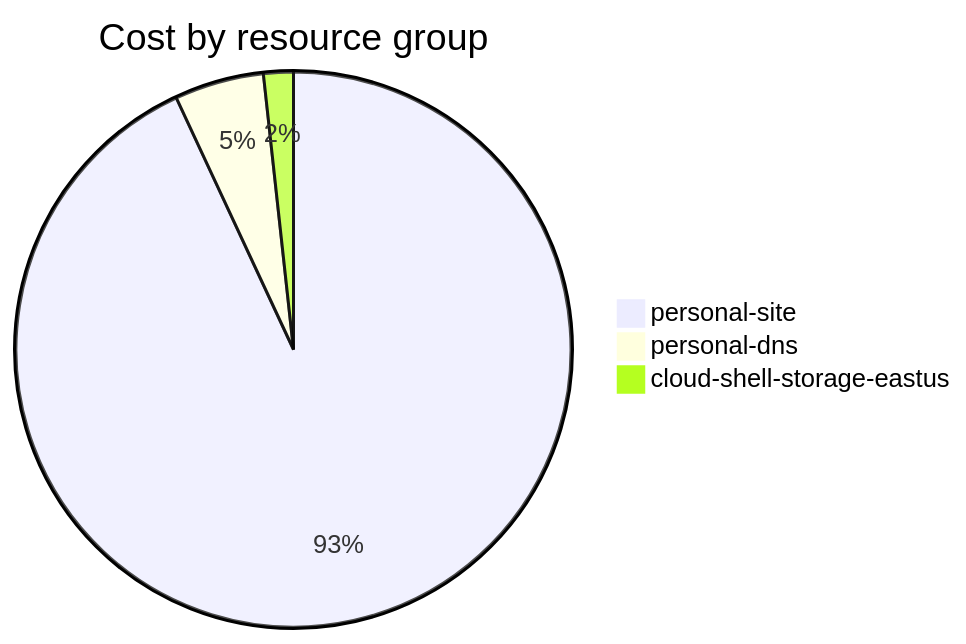
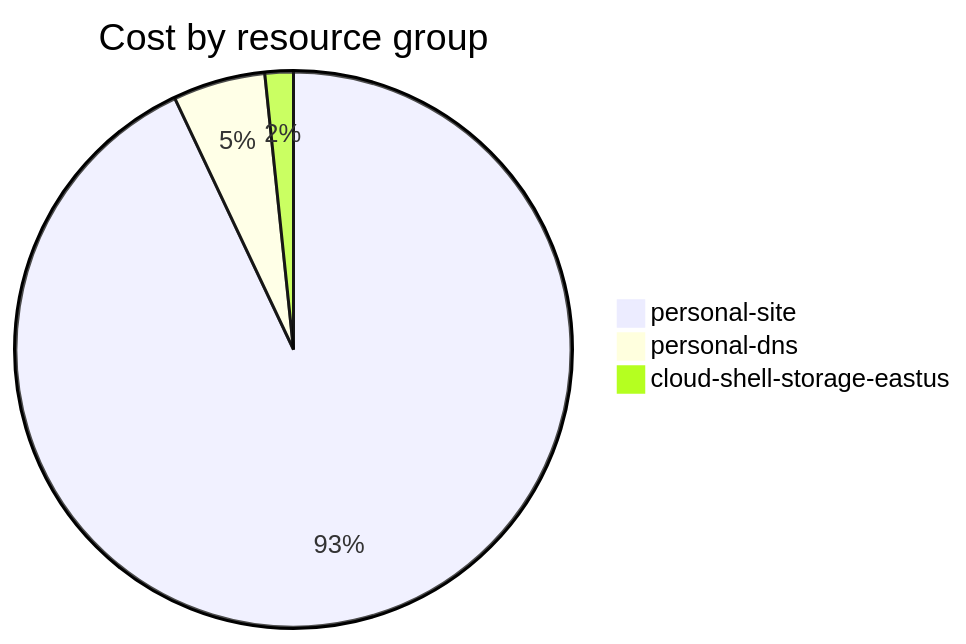
The fourth of 4 diagrams in cost-reports/accumulated-cost.md (jpfulton/azure-personal-reports), drawn with Mermaid before and after one commit. The commit also changed other lines of this file and 4 other files, not shown here.

````diff
--- a/cost-reports/accumulated-cost.md
+++ b/cost-reports/accumulated-cost.md
@@ -143,7 +143,7 @@
 ```mermaid
 pie
    title Cost by resource group
-   "personal-site" : 1.61
-   "personal-dns" : 0.09
-   "cloud-shell-storage-eastus" : 0.03
+   "personal-site" : 2.25
+   "personal-dns" : 0.13
+   "cloud-shell-storage-eastus" : 0.04
 ```
````
